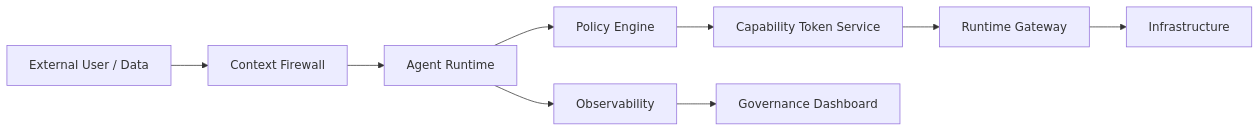
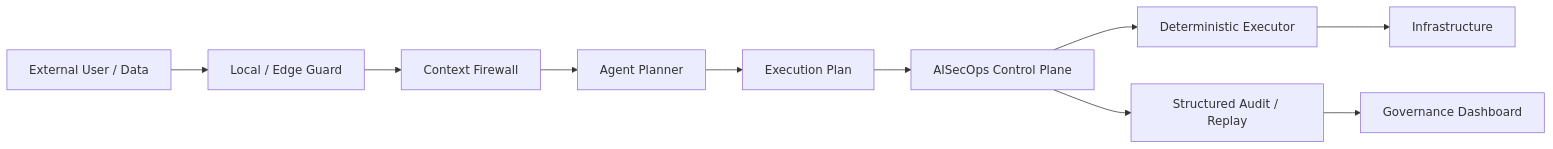
The fourth of 6 diagrams in src/content/whitepapers/aisecops-v0.1.md (viplavfauzdar/aisecops-site), drawn with Mermaid before and after one commit. The commit also changed other lines of this file and 7 other files, not shown here.

````diff
--- a/src/content/whitepapers/aisecops-v0.1.md
+++ b/src/content/whitepapers/aisecops-v0.1.md
@@ -565,11 +684,12 @@
 ```mermaid
 flowchart LR
-  EXT[External User / Data] --> CF[Context Firewall]
-  CF --> AR[Agent Runtime]
-  AR --> PE[Policy Engine]
-  PE --> CTS[Capability Token Service]
-  CTS --> RG[Runtime Gateway]
-  RG --> INF[Infrastructure]
-  AR --> OBS[Observability]
+  EXT[External User / Data] --> EDGE[Local / Edge Guard]
+  EDGE --> CF[Context Firewall]
+  CF --> AR[Agent Planner]
+  AR --> PLAN[Execution Plan]
+  PLAN --> CP[AISecOps Control Plane]
+  CP --> EXE[Deterministic Executor]
+  EXE --> INF[Infrastructure]
+  CP --> OBS[Structured Audit / Replay]
   OBS --> GOV[Governance Dashboard]
 ```
````
